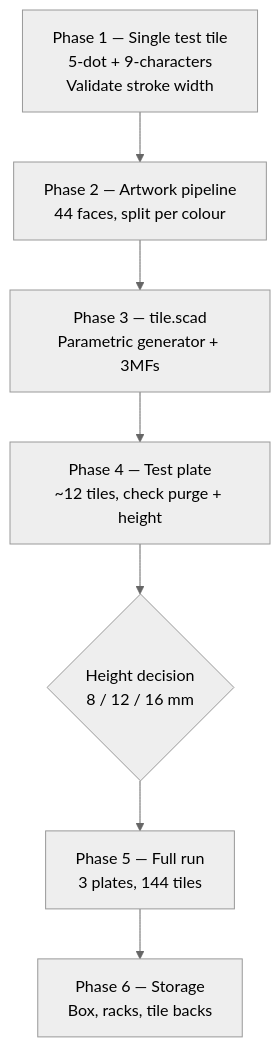
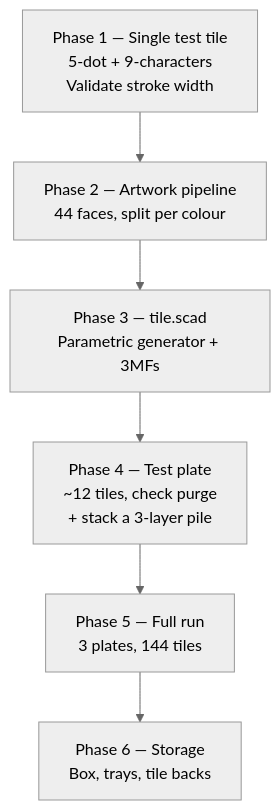
Before and after one commit to jvanheerikhuize/3d-printing: the second of 2 diagrams in models/mahjong/README.md, drawn with Mermaid (neutral theme). The commit also changed other lines of this file, not shown here.

First line of the commit message:
docs(mahjong): retarget brief at solitaire, settle height at 3 mm

````diff
--- a/models/mahjong/README.md
+++ b/models/mahjong/README.md
@@ -197,10 +205,9 @@
 ```mermaid
 flowchart TD
     P1["Phase 1 — Single test tile<br/>5-dot + 9-characters<br/>Validate stroke width"] --> P2
     P2["Phase 2 — Artwork pipeline<br/>44 faces, split per colour"] --> P3
     P3["Phase 3 — tile.scad<br/>Parametric generator + 3MFs"] --> P4
-    P4["Phase 4 — Test plate<br/>~12 tiles, check purge + height"] --> PH
-    PH{"Height decision<br/>8 / 12 / 16 mm"} --> P5
+    P4["Phase 4 — Test plate<br/>~12 tiles, check purge<br/>+ stack a 3-layer pile"] --> P5
     P5["Phase 5 — Full run<br/>3 plates, 144 tiles"] --> P6
-    P6["Phase 6 — Storage<br/>Box, racks, tile backs"]
+    P6["Phase 6 — Storage<br/>Box, trays, tile backs"]
 ```
````
